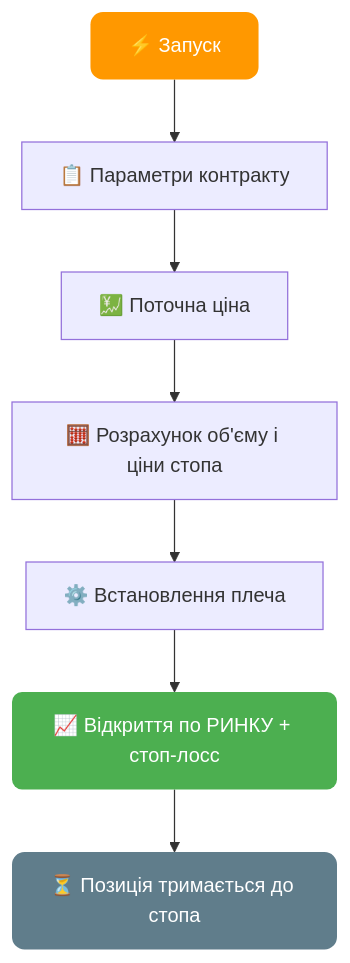
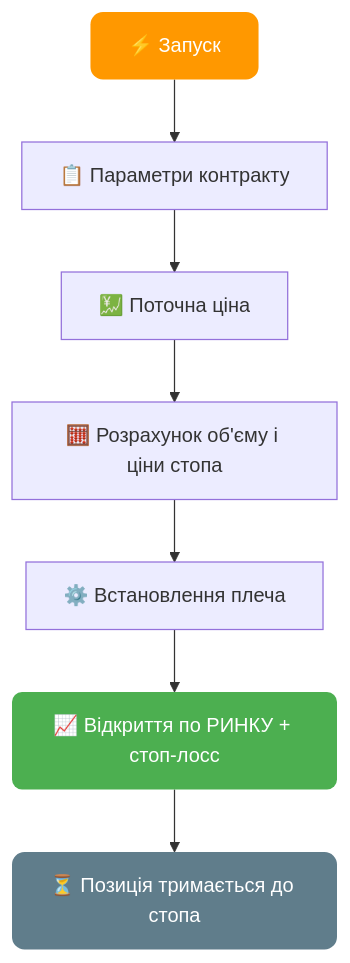
Before and after one commit to AutoPilotSoftware/docs: the ninth of 10 diagrams in src/content/docs/ua/exchanges/mexc-autopilot.md, drawn with Mermaid. The commit also changed other lines of this file and 2 other files, not shown here.

````diff
--- a/src/content/docs/ua/exchanges/mexc-autopilot.md
+++ b/src/content/docs/ua/exchanges/mexc-autopilot.md
@@ -357,13 +357,13 @@
 ```mermaid
 flowchart TD
     START["⚡ Запуск"] --> SPEC["📋 Параметри контракту"]
-    SPEC --> PRICE["💹 Поточна цiна"]
-    PRICE --> CALC["🧮 Розрахунок об'єму i цiни стопа"]
+    SPEC --> PRICE["💹 Поточна ціна"]
+    PRICE --> CALC["🧮 Розрахунок об'єму і ціни стопа"]
     CALC --> LEV["⚙️ Встановлення плеча"]
-    LEV --> OPEN["📈 Вiдкриття по РИНКУ + стоп-лосс"]
-    OPEN --> HOLD["⏳ Позицiя тримається до стопа"]
+    LEV --> OPEN["📈 Відкриття по РИНКУ + стоп-лосс"]
+    OPEN --> HOLD["⏳ Позиція тримається до стопа"]
 
     style START fill:#FF9800,color:#fff,stroke:none,rx:10
     style OPEN fill:#4CAF50,color:#fff,stroke:none,rx:8
     style HOLD fill:#607D8B,color:#fff,stroke:none,rx:10
 ```
````
